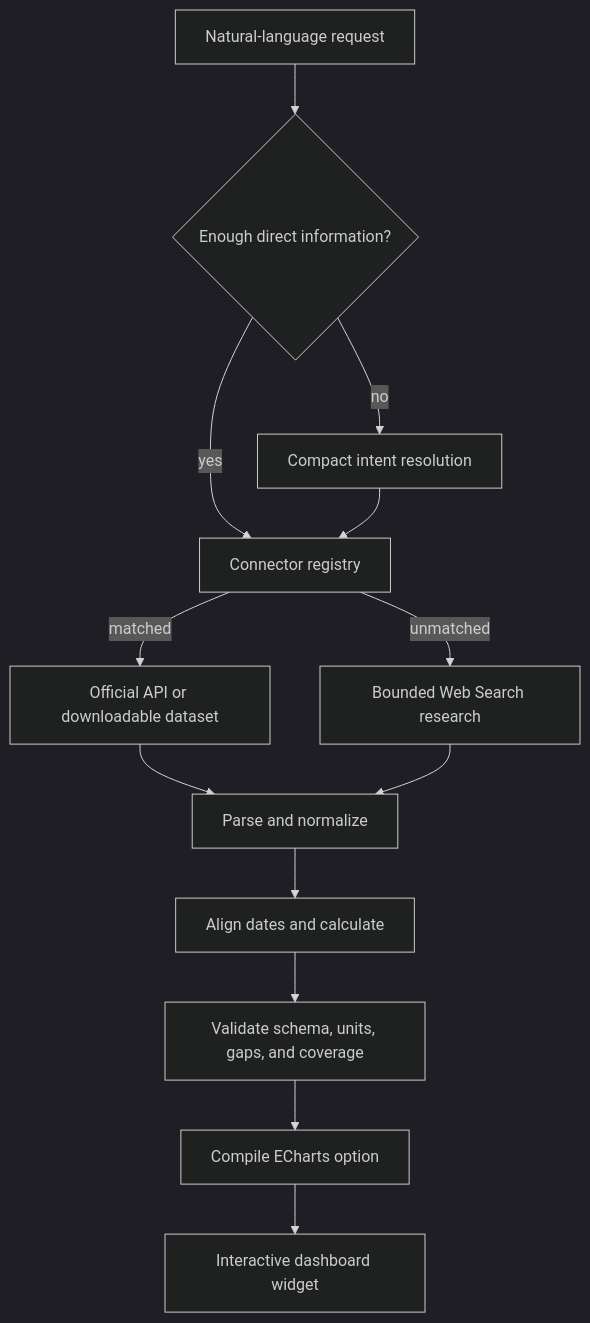
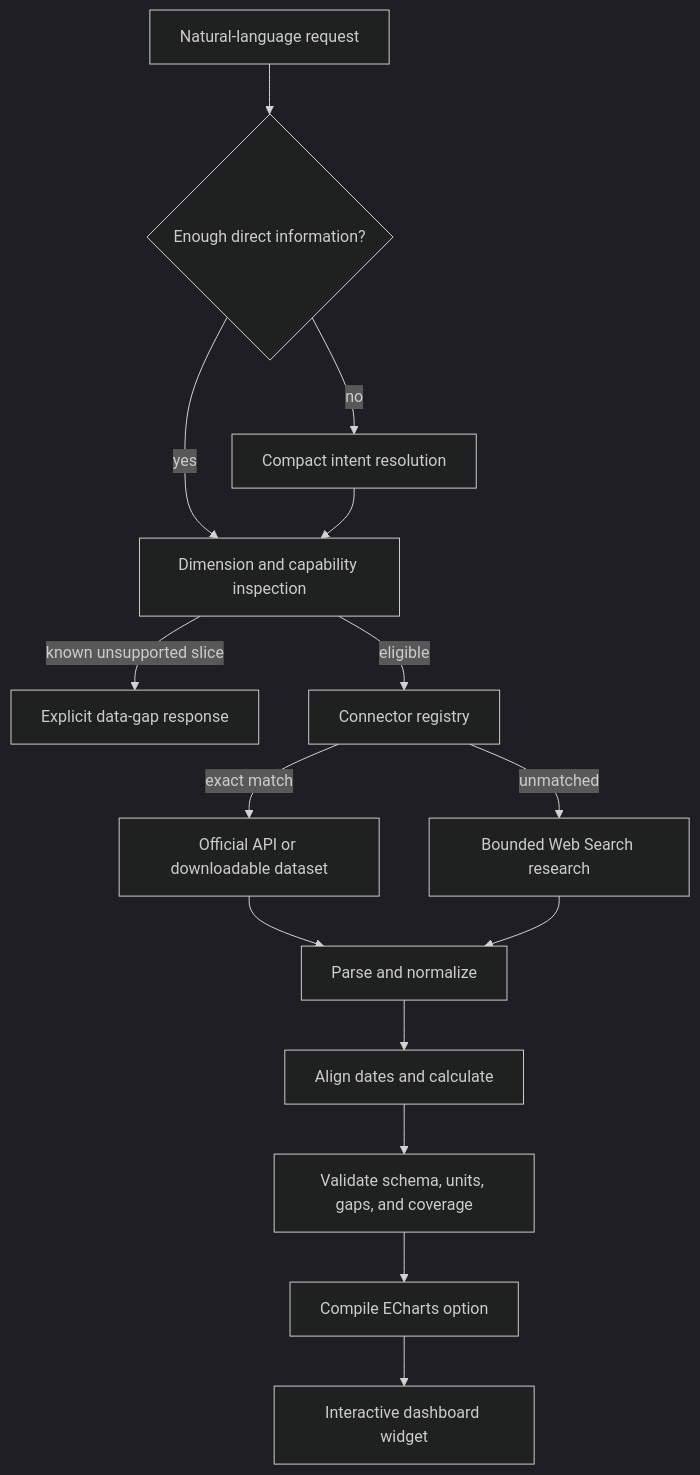
One commit to weifanwu/polaris changed the diagram in docs/ARCHITECTURE.md. Above: the diagram before and after it, drawn with Mermaid (dark theme). The commit also changed other lines of this file and 17 other files, not shown here.

````diff
--- a/docs/ARCHITECTURE.md
+++ b/docs/ARCHITECTURE.md
@@ -7,15 +7,17 @@
 ```mermaid
 flowchart TD
     A["Natural-language request"] --> B{"Enough direct information?"}
     B -->|"no"| C["Compact intent resolution"]
-    B -->|"yes"| D["Connector registry"]
-    C --> D
-    D -->|"matched"| E["Official API or downloadable dataset"]
+    B -->|"yes"| X["Dimension and capability inspection"]
+    C --> X
+    X -->|"known unsupported slice"| Y["Explicit data-gap response"]
+    X -->|"eligible"| D["Connector registry"]
+    D -->|"exact match"| E["Official API or downloadable dataset"]
     D -->|"unmatched"| F["Bounded Web Search research"]
     E --> G["Parse and normalize"]
     F --> G
     G --> H["Align dates and calculate"]
     H --> I["Validate schema, units, gaps, and coverage"]
     I --> J["Compile ECharts option"]
     J --> K["Interactive dashboard widget"]
 ```
````
